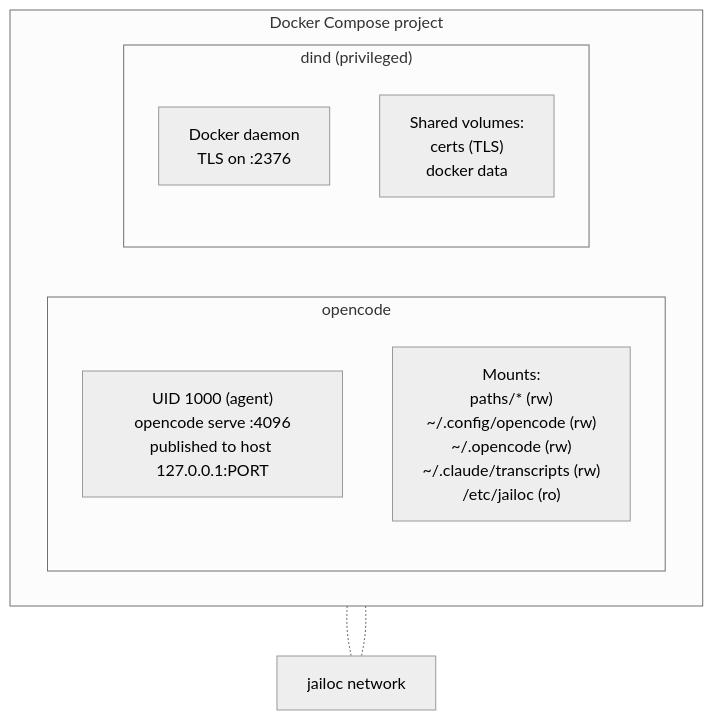
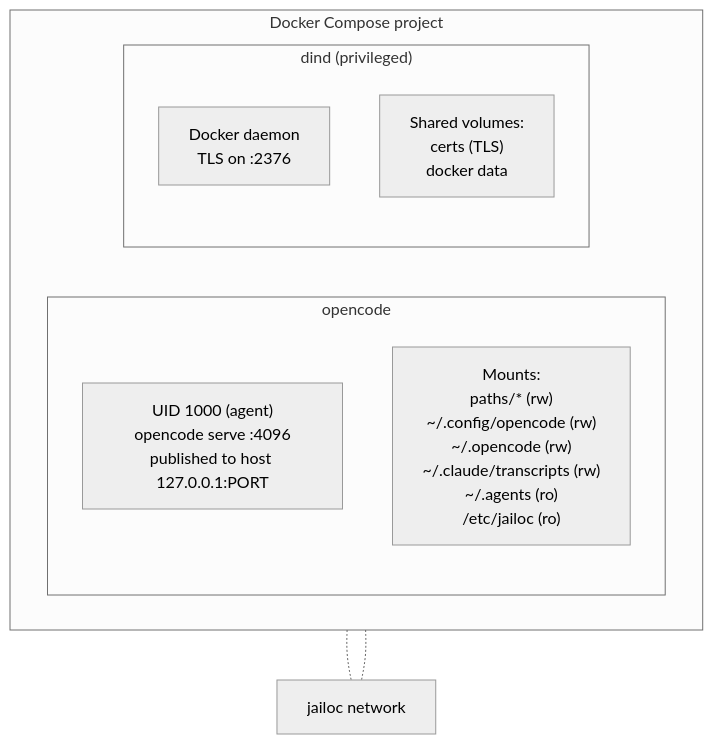
One commit to seznam/jailoc changed the diagram in docs/explanation/container-architecture.md. Above: the diagram before and after it, drawn with Mermaid (neutral theme).

Commit message:
fix(docs): add missing ~/.agents mount to mermaid diagram

````diff
--- a/docs/explanation/container-architecture.md
+++ b/docs/explanation/container-architecture.md
@@ -9,19 +9,19 @@
 ```mermaid
 flowchart TB
   subgraph compose["Docker Compose project"]
     direction LR
     subgraph oc["opencode"]
       direction TB
       oc_uid["UID 1000 (agent)<br>opencode serve :4096<br>published to host 127.0.0.1:PORT"]
-      oc_mounts["Mounts:<br>paths/* (rw)<br>~/.config/opencode (rw)<br>~/.opencode (rw)<br>~/.claude/transcripts (rw)<br>/etc/jailoc (ro)"]
+      oc_mounts["Mounts:<br>paths/* (rw)<br>~/.config/opencode (rw)<br>~/.opencode (rw)<br>~/.claude/transcripts (rw)<br>~/.agents (ro)<br>/etc/jailoc (ro)"]
     end
     subgraph dind["dind (privileged)"]
       direction TB
       dind_daemon["Docker daemon<br>TLS on :2376"]
       dind_vols["Shared volumes:<br>certs (TLS)<br>docker data"]
     end
   end
 
   oc -.- net["jailoc network"]
     dind -.- net
 ```
````
